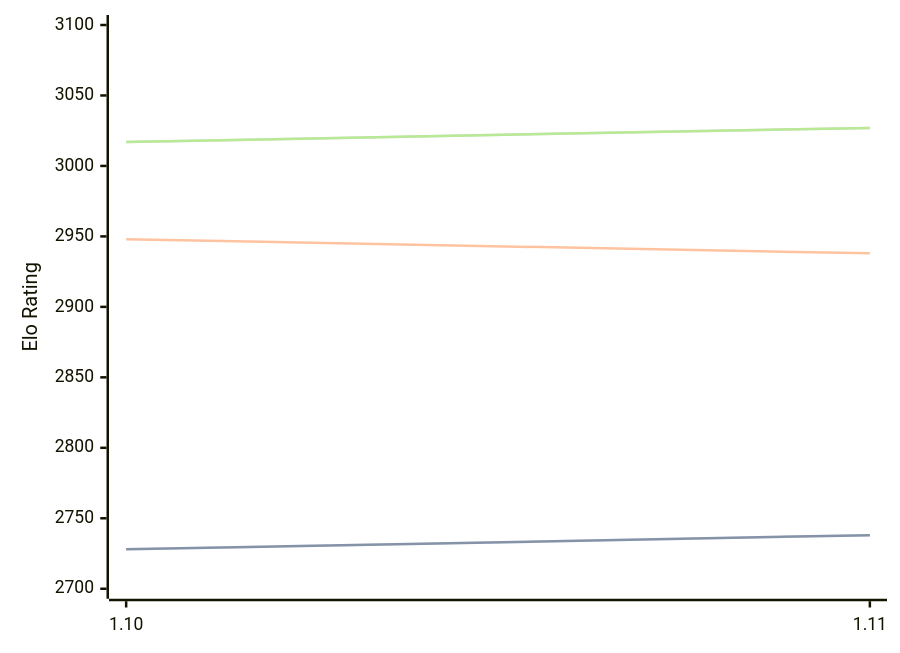
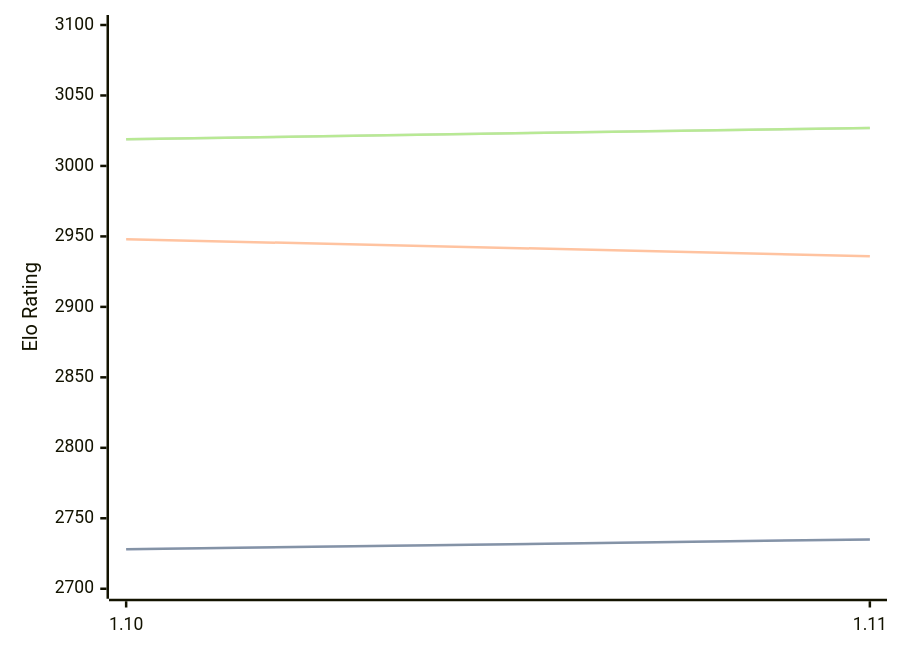
One commit to computer-chess-index/cci changed the diagram in engines/Roc.md. Above: the diagram before and after it, drawn with Mermaid. The commit also changed other lines of this file, not shown here.

Commit message:
Update CCI Ratings (ELO VLTC) - 2026-07-26

````diff
--- a/engines/Roc.md
+++ b/engines/Roc.md
@@ -65,11 +65,11 @@
 ```mermaid
 %%{init: {"theme":"base","themeVariables":{"seriesColors:['#a3a3a3','#222221','#faa371']}}}%%
 xychart-beta
   x-axis ["1.10", "1.11"]
   y-axis "Elo Rating" 2700 --> 3100
-  line "STC (8.0+0.08s)" [2728, 2738]
-  line "STC (8.0+0.08s)" [2728, 2738]
-  line "LTC (60.0+0.60s)" [2948, 2938]
-  line "VLTC (2m24s+1.12s)" [3017, 3027]
-  line "VLTC (2m24s+1.12s)" [3017, 3027]
+  line "STC (8.0+0.08s)" [2728, 2735]
+  line "STC (8.0+0.08s)" [2728, 2735]
+  line "LTC (60.0+0.60s)" [2948, 2936]
+  line "VLTC (2m24s+1.12s)" [3019, 3027]
+  line "VLTC (2m24s+1.12s)" [3019, 3027]
 ```
````
